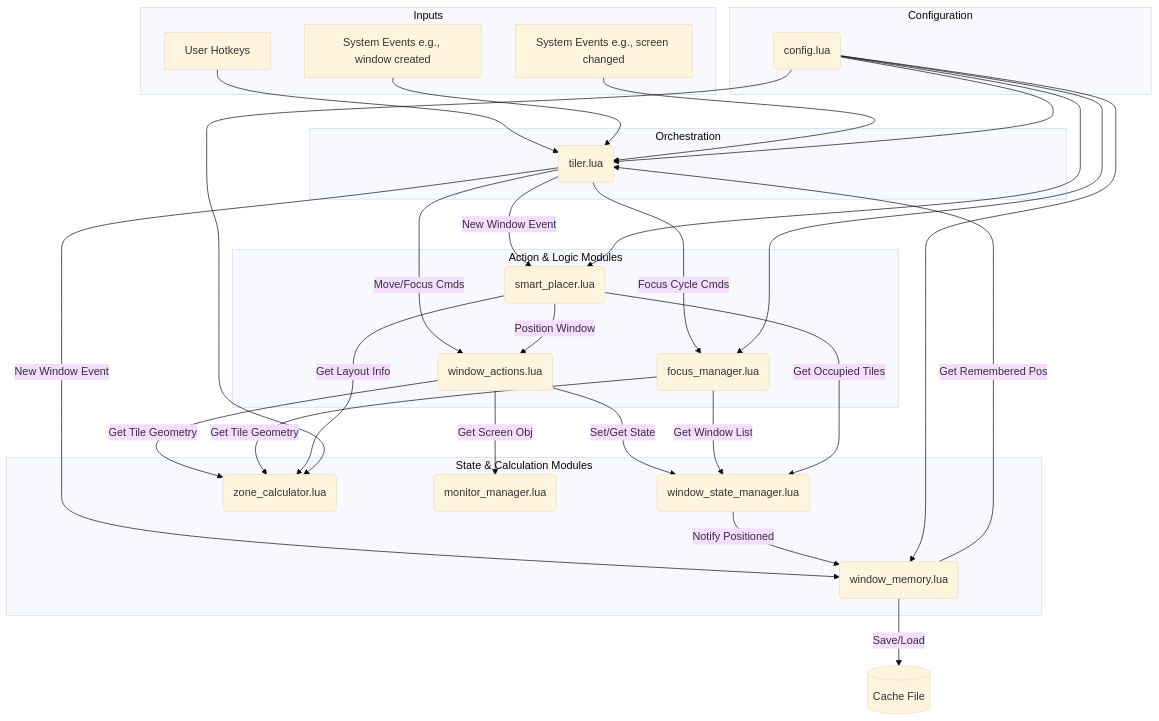
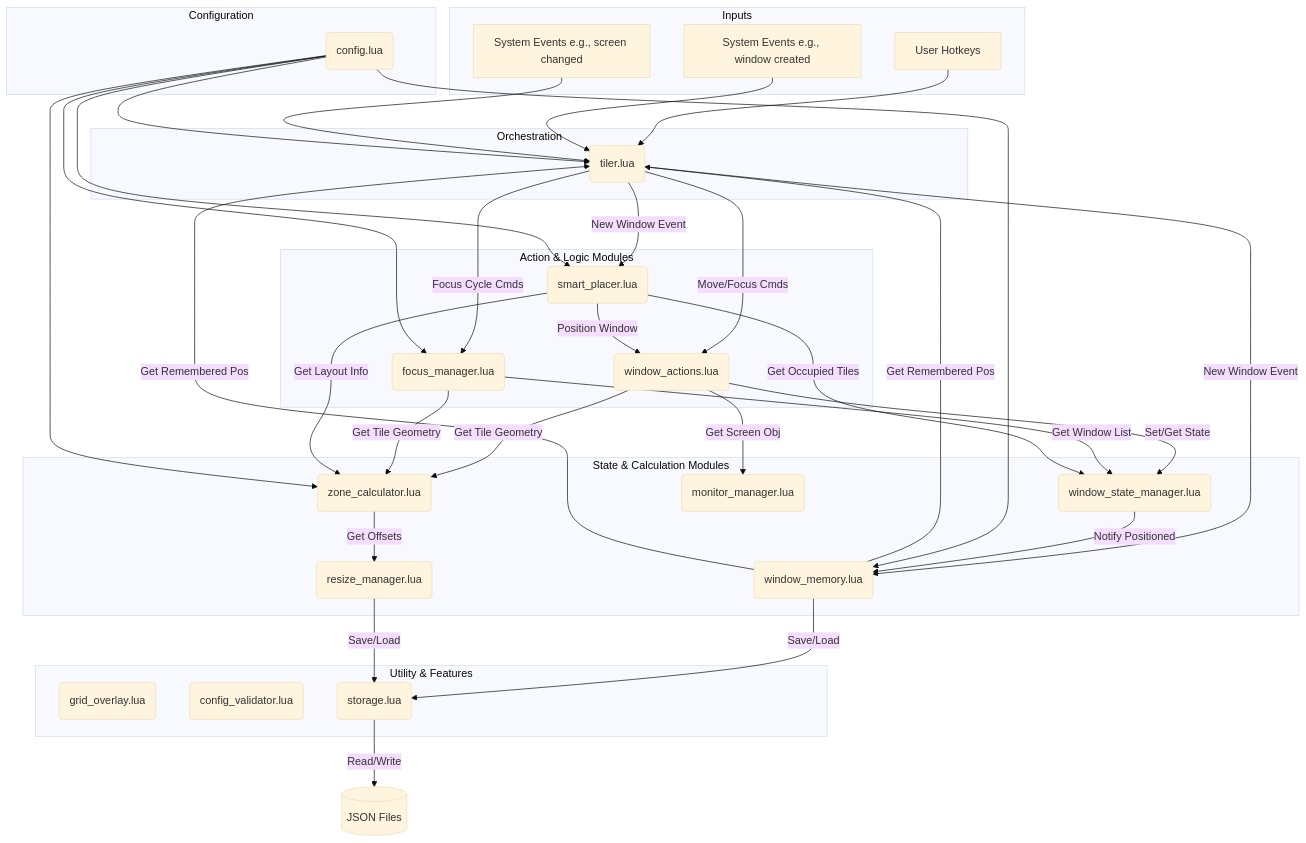
One commit to ztomer/ZoneTilerWM changed the diagram in ARCHITECTURE.md. Above: the diagram before and after it, drawn with Mermaid (base theme). The commit also changed other lines of this file and 17 other files, not shown here.

````diff
--- a/ARCHITECTURE.md
+++ b/ARCHITECTURE.md
@@ -23,60 +23,72 @@
 ```mermaid
 graph TD
     subgraph "Inputs"
         A[User Hotkeys]
         B[System Events e.g., window created]
         C[System Events e.g., screen changed]
     end
 
     subgraph "Orchestration"
         Tiler("tiler.lua")
     end
 
     subgraph "Action & Logic Modules"
         WA("window_actions.lua")
         FM("focus_manager.lua")
         SP("smart_placer.lua")
     end
 
     subgraph "State & Calculation Modules"
         WSM("window_state_manager.lua")
         ZC("zone_calculator.lua")
         MM("monitor_manager.lua")
         WM("window_memory.lua")
+        RM("resize_manager.lua")
+    end
+
+    subgraph "Utility & Features"
+        GO("grid_overlay.lua")
+        CV("config_validator.lua")
+        ST("storage.lua")
     end
 
     subgraph "Configuration"
         CFG("config.lua")
     end
 
     A --> Tiler
     B --> Tiler
     C --> Tiler
 
     Tiler -->|Move/Focus Cmds| WA
     Tiler -->|Focus Cycle Cmds| FM
     Tiler -->|New Window Event| SP
     Tiler -->|New Window Event| WM
 
     WA -->|Set/Get State| WSM
     WA -->|Get Tile Geometry| ZC
     WA -->|Get Screen Obj| MM
 
+    ZC -->|Get Offsets| RM
+
     FM -->|Get Window List| WSM
     FM -->|Get Tile Geometry| ZC
 
     SP -->|Get Occupied Tiles| WSM
     SP -->|Get Layout Info| ZC
     SP -->|Position Window| WA
 
     WSM -->|Notify Positioned| WM
 
     WM -->|Get Remembered Pos| Tiler
-    WM -->|Save/Load| Disk[(Cache File)]
+    WM -->|Get Remembered Pos| Tiler
+    WM -->|Save/Load| ST
+    RM -->|Save/Load| ST
+    ST -->|Read/Write| Disk[(JSON Files)]
 
     CFG --> Tiler
     CFG --> ZC
     CFG --> WM
     CFG --> FM
     CFG --> SP
 ```
````
